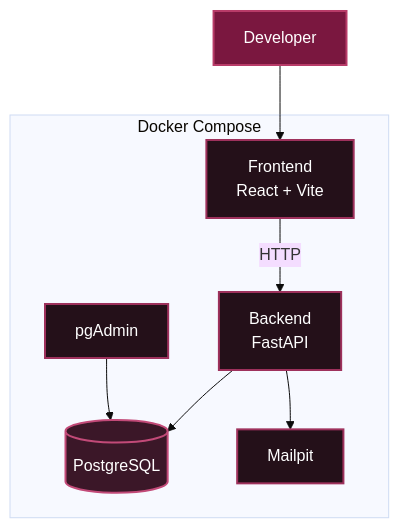
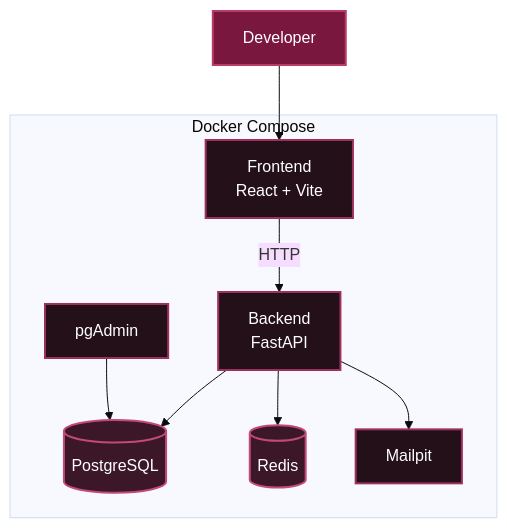
One commit to Juan-Pablo-Castillo-Velasquez/proyectoalectoursDocker changed the sixth of 8 diagrams in README.md. Above: the diagram before and after it, drawn with Mermaid (base theme). The commit also changed other lines of this file and 10 other files, not shown here.

````diff
--- a/README.md
+++ b/README.md
@@ -347,36 +350,40 @@
 ```mermaid
 flowchart TB
 
     DEV["Developer"]
 
     subgraph DOCKER["Docker Compose"]
 
         FRONT["Frontend<br/>React + Vite"]
 
         BACK["Backend<br/>FastAPI"]
 
         DB[("PostgreSQL")]
 
+        CACHE[("Redis")]
+
         PGADMIN["pgAdmin"]
 
         MAIL["Mailpit"]
     end
 
     DEV --> FRONT
 
     FRONT -->|"HTTP"| BACK
 
     BACK --> DB
 
+    BACK --> CACHE
+
     PGADMIN --> DB
 
     BACK --> MAIL
 
     classDef main fill:#7A173F,color:#fff,stroke:#B83B68,stroke-width:2px;
     classDef service fill:#241019,color:#fff,stroke:#9E315C,stroke-width:2px;
     classDef database fill:#3B1728,color:#fff,stroke:#C24A78,stroke-width:2px;
 
     class DEV main;
     class FRONT,BACK,PGADMIN,MAIL service;
-    class DB database;
+    class DB,CACHE database;
 ```
````
